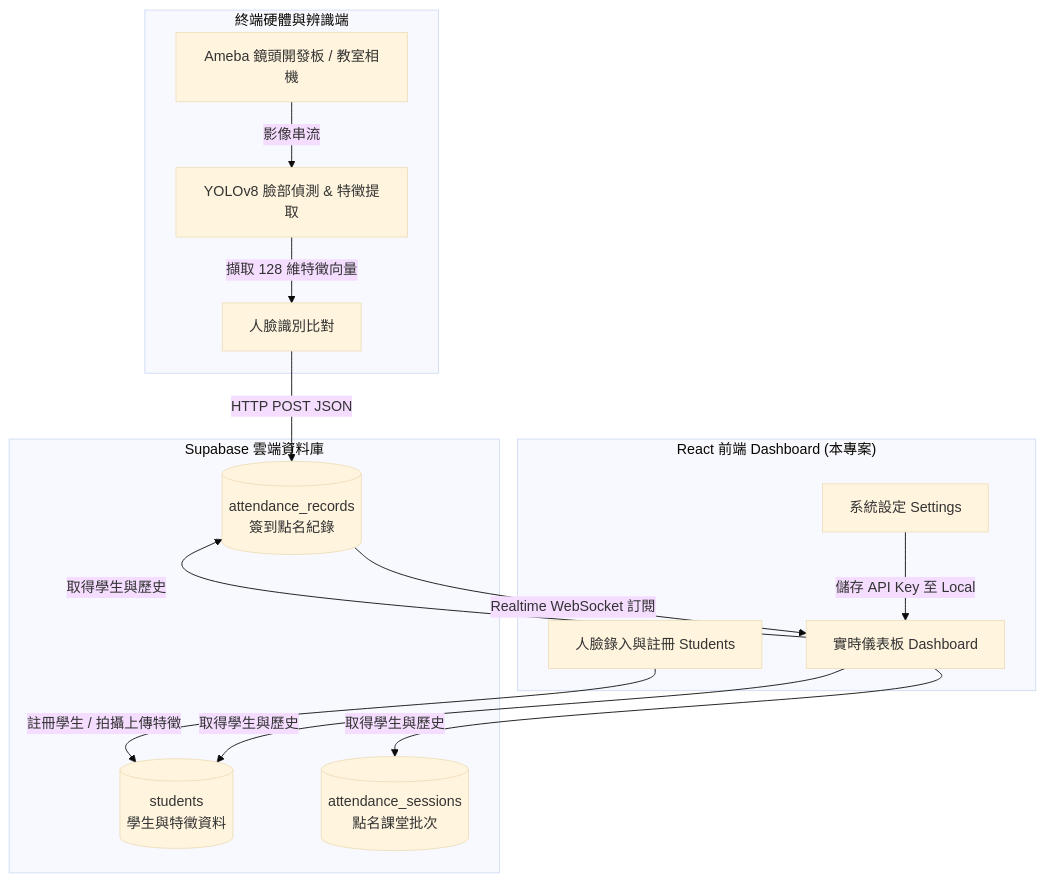
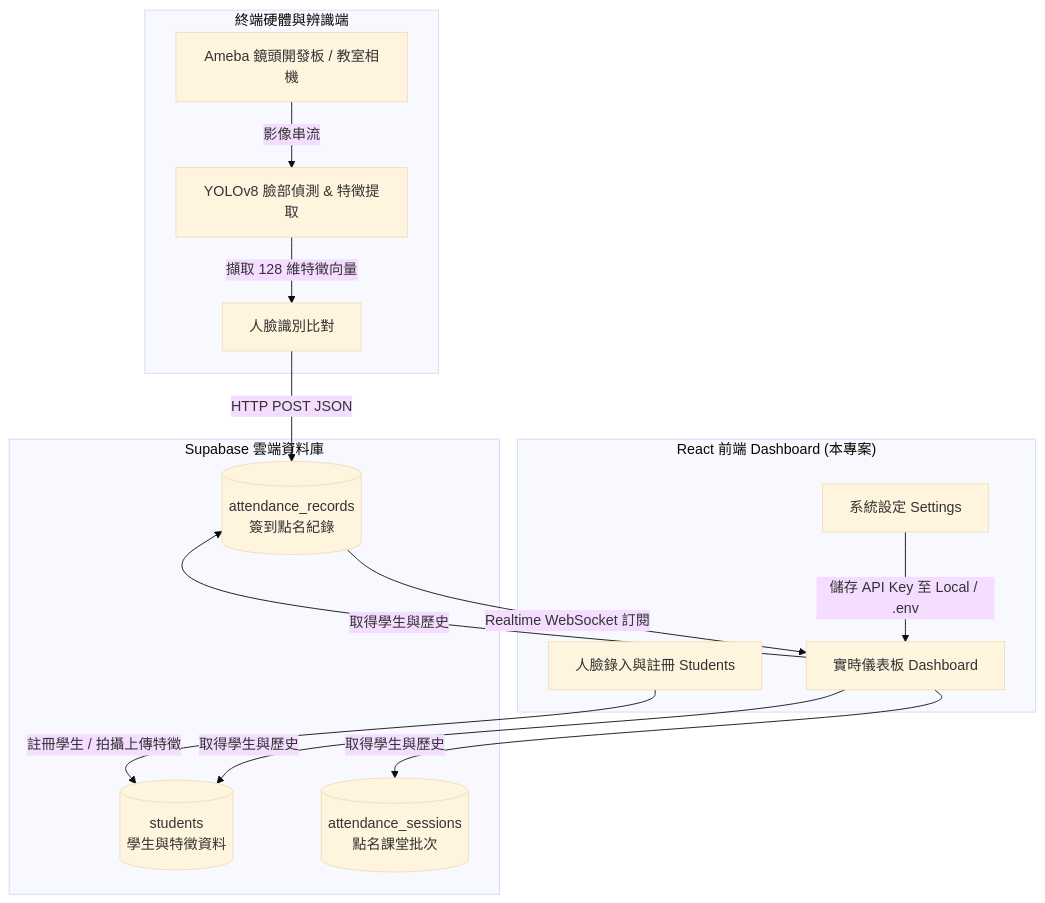
Before and after one commit to FocalZoe/attendance-frontend: the diagram in README.md, drawn with Mermaid (base theme). The commit also changed other lines of this file, not shown here.

````diff
--- a/README.md
+++ b/README.md
@@ -16,29 +16,29 @@
 ```mermaid
 graph TD
     %% 終端硬體與AI辨識部分
     subgraph Edge ["終端硬體與辨識端"]
         A[YOLOv8 臉部偵測 & 特徵提取] -->|擷取 128 維特徵向量| B[人臉識別比對]
         C[Ameba 鏡頭開發板 / 教室相機] -->|影像串流| A
     end
 
     %% Supabase 部分
     subgraph Cloud ["Supabase 雲端資料庫"]
         D[(students <br> 學生與特徵資料)]
         E[(attendance_sessions <br> 點名課堂批次)]
         F[(attendance_records <br> 簽到點名紀錄)]
     end
 
     %% 前端平台部分
     subgraph Frontend ["React 前端 Dashboard (本專案)"]
         G[實時儀表板 Dashboard]
         H[人臉錄入與註冊 Students]
         I[系統設定 Settings]
     end
 
     %% 資料流向
     B -->|HTTP POST JSON| F
     G -->|取得學生與歷史| D & E & F
     H -->|註冊學生 / 拍攝上傳特徵| D
-    I -->|儲存 API Key 至 Local| G
+    I -->|儲存 API Key 至 Local / .env| G
     F -->|Realtime WebSocket 訂閱| G
 ```
````
